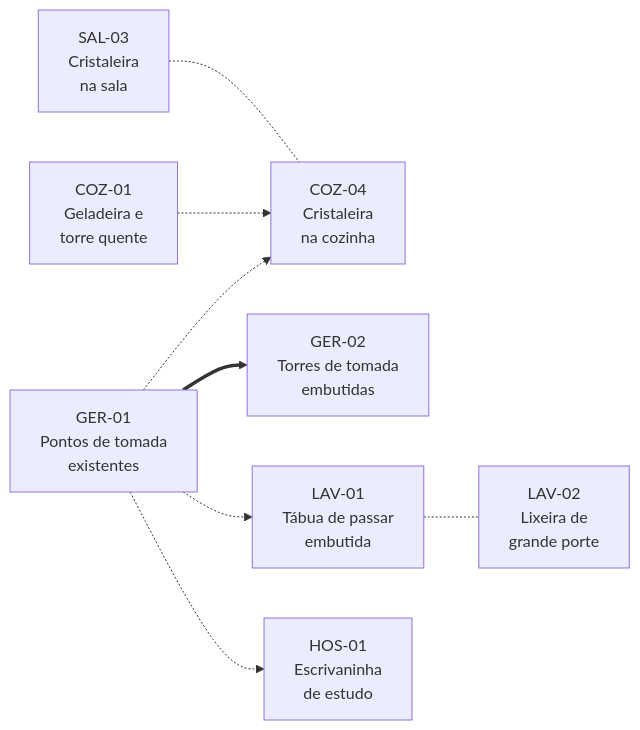
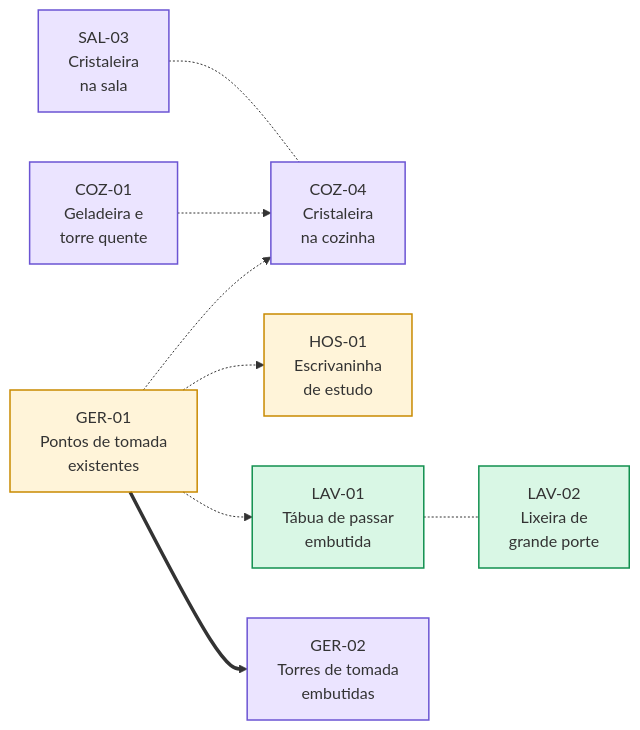
The diagram in docs/sociais/r1/index.md (mateuslh/projeto-ap), drawn with Mermaid before and after one commit. The commit also changed other lines of this file and 9 other files, not shown here.

````diff
--- a/docs/sociais/r1/index.md
+++ b/docs/sociais/r1/index.md
@@ -90,19 +145,23 @@
 ```mermaid
 flowchart LR
-  SAL03["SAL-03<br/>Cristaleira<br/>na sala"]
-  COZ04["COZ-04<br/>Cristaleira<br/>na cozinha"]
-  COZ01["COZ-01<br/>Geladeira e<br/>torre quente"]
-  GER01["GER-01<br/>Pontos de tomada<br/>existentes"]
-  GER02["GER-02<br/>Torres de tomada<br/>embutidas"]
-  LAV01["LAV-01<br/>Tábua de passar<br/>embutida"]
-  LAV02["LAV-02<br/>Lixeira de<br/>grande porte"]
-  HOS01["HOS-01<br/>Escrivaninha<br/>de estudo"]
+  GER01["GER-01<br/>Pontos de tomada<br/>existentes"]:::change
+  GER02["GER-02<br/>Torres de tomada<br/>embutidas"]:::spike
+  COZ01["COZ-01<br/>Geladeira e<br/>torre quente"]:::spike
+  COZ04["COZ-04<br/>Cristaleira<br/>na cozinha"]:::spike
+  SAL03["SAL-03<br/>Cristaleira<br/>na sala"]:::spike
+  LAV01["LAV-01<br/>Tábua de passar<br/>embutida"]:::feat
+  LAV02["LAV-02<br/>Lixeira de<br/>grande porte"]:::feat
+  HOS01["HOS-01<br/>Escrivaninha<br/>de estudo"]:::change
 
   GER01 ==> GER02
   GER01 -.-> LAV01
   GER01 -.-> HOS01
   GER01 -.-> COZ04
   COZ01 -.-> COZ04
   LAV01 -.- LAV02
   SAL03 -.- COZ04
+
+  classDef change fill:#FFB30026,stroke:#C98A00,stroke-width:1.5px
+  classDef feat fill:#00C85326,stroke:#12904F,stroke-width:1.5px
+  classDef spike fill:#7C4DFF26,stroke:#6B54D3,stroke-width:1.5px
 ```
````
